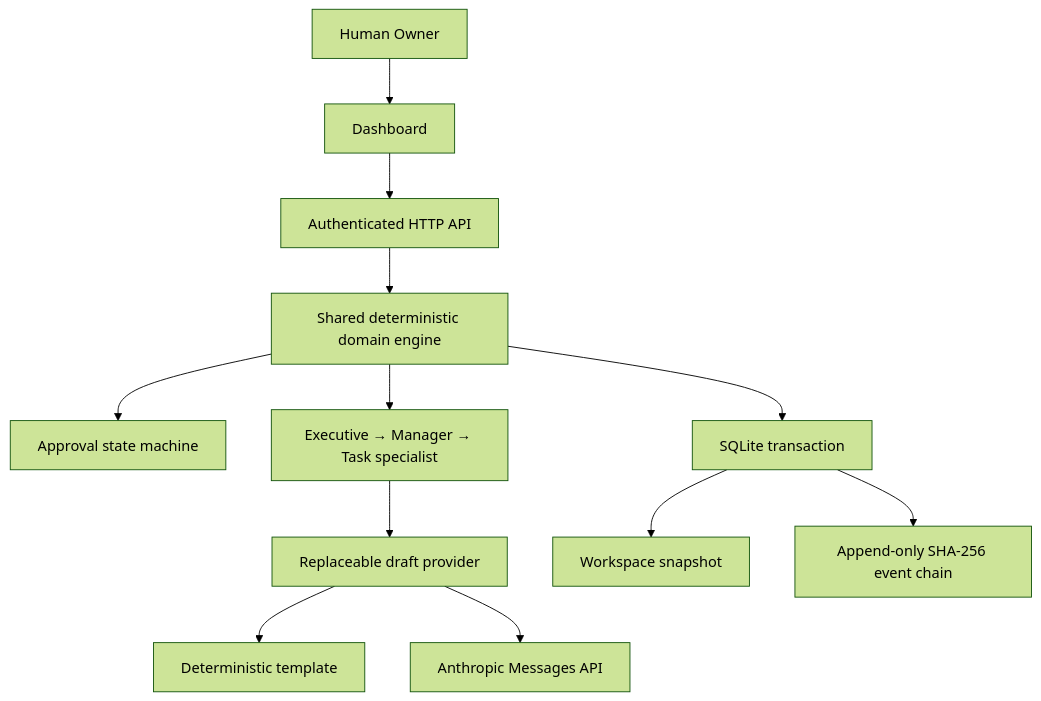
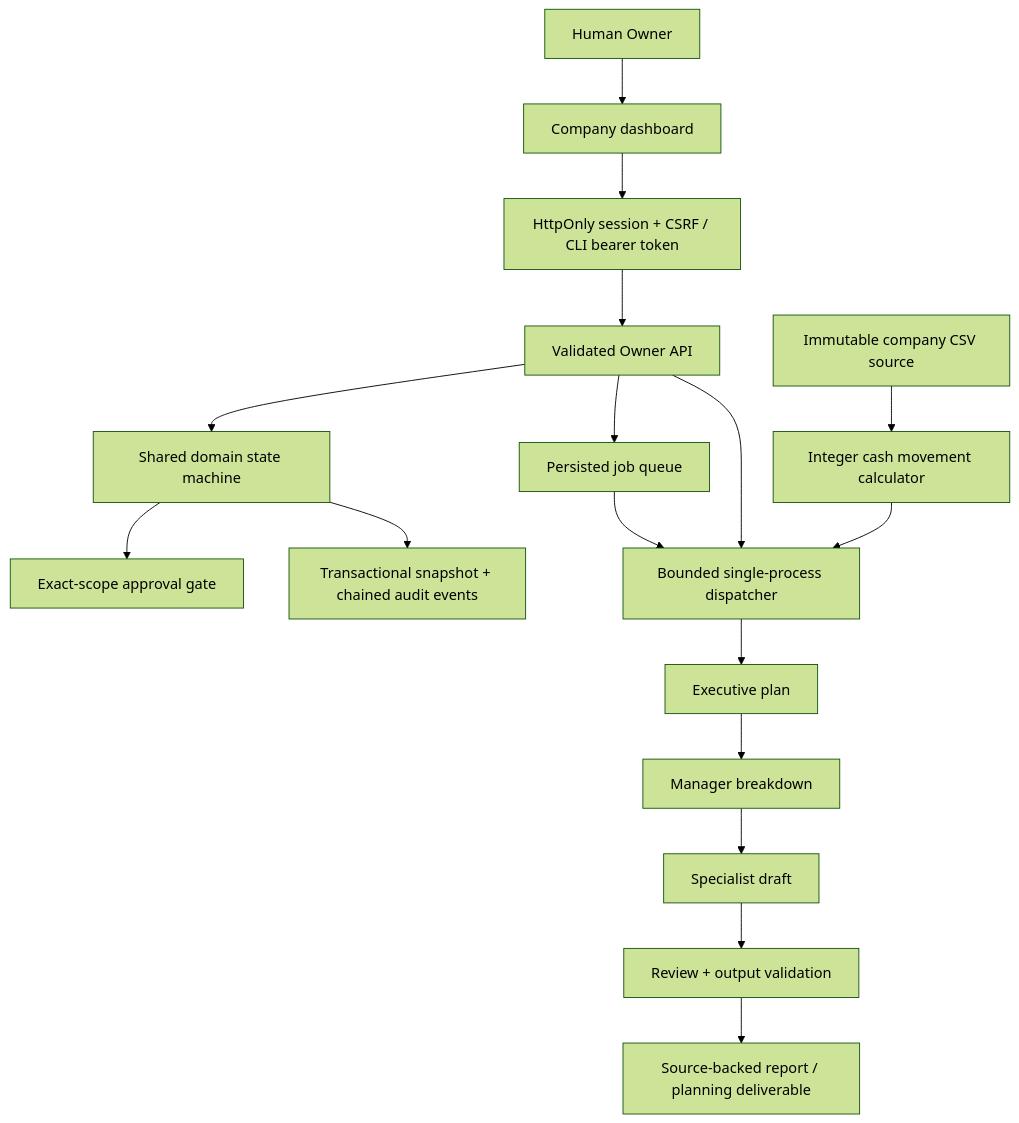
One commit to naazzarov/frobot changed the diagram in docs/ARCHITECTURE.md. Above: the diagram before and after it, drawn with Mermaid (forest theme). The commit also changed other lines of this file and 26 other files, not shown here.

Commit message:
Add source-backed CFO workflows, durable jobs, Owner sessions, and recovery controls

````diff
--- a/docs/ARCHITECTURE.md
+++ b/docs/ARCHITECTURE.md
@@ -5,14 +7,19 @@
 ```mermaid
 flowchart TD
-  Owner[Human Owner] --> UI[Dashboard]
-  UI --> API[Authenticated HTTP API]
-  API --> Core[Shared deterministic domain engine]
-  Core --> Review[Approval state machine]
-  Core --> Hierarchy[Executive → Manager → Task specialist]
-  Hierarchy --> Provider[Replaceable draft provider]
-  Provider --> Template[Deterministic template]
-  Provider --> Claude[Anthropic Messages API]
-  Core --> Store[SQLite transaction]
-  Store --> Snapshot[Workspace snapshot]
-  Store --> Audit[Append-only SHA-256 event chain]
+  Owner[Human Owner] --> UI[Company dashboard]
+  UI --> Auth[HttpOnly session + CSRF / CLI bearer token]
+  Auth --> API[Validated Owner API]
+  API --> Engine[Shared domain state machine]
+  Engine --> Approval[Exact-scope approval gate]
+  API --> Jobs[Persisted job queue]
+  Jobs --> Runner[Bounded single-process dispatcher]
+  API --> Runner
+  Runner --> Executive[Executive plan]
+  Executive --> Manager[Manager breakdown]
+  Manager --> Specialist[Specialist draft]
+  Specialist --> Reviewer[Review + output validation]
+  Source[Immutable company CSV source] --> Calc[Integer cash movement calculator]
+  Calc --> Runner
+  Reviewer --> Artifact[Source-backed report / planning deliverable]
+  Engine --> Store[Transactional snapshot + chained audit events]
 ```
````
